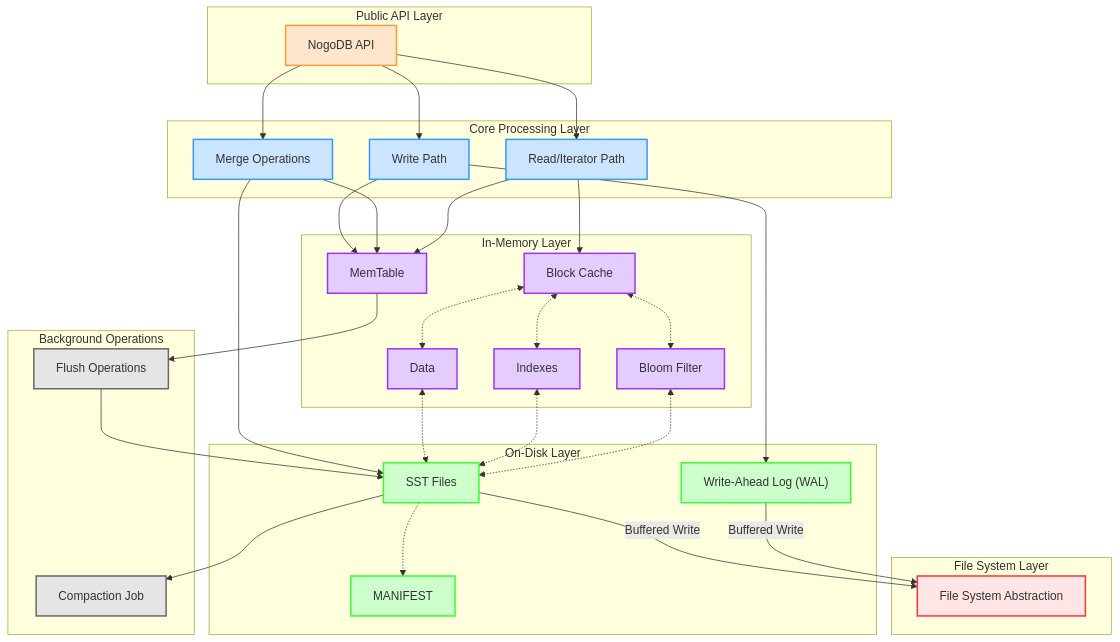
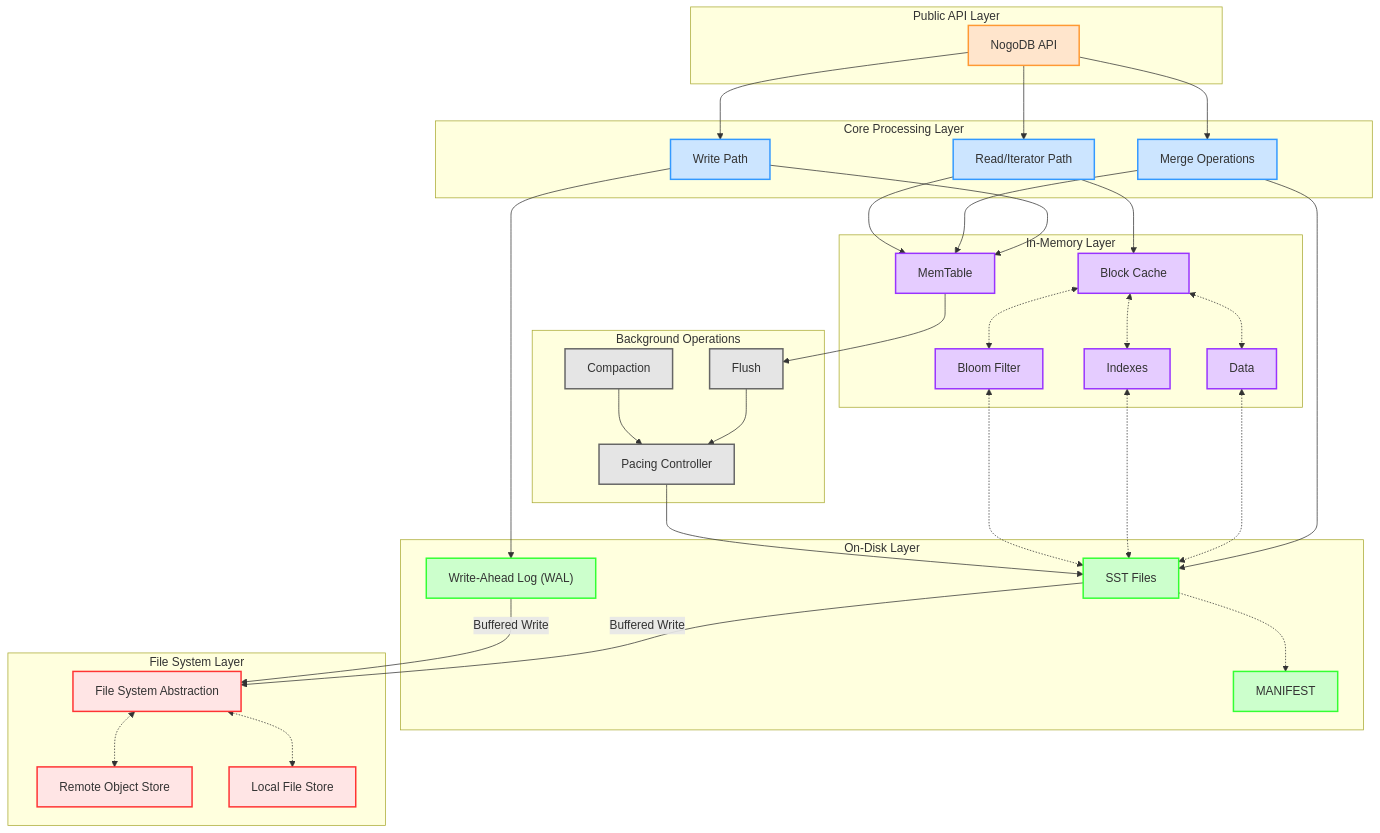
The diagram in README.md (datnguyenzzz/nogodb), drawn with Mermaid before and after one commit. The commit also changed other lines of this file, not shown here.

```diff
--- a/README.md
+++ b/README.md
@@ -47,13 +47,16 @@
 
     subgraph BackgroundOps["Background Operations"]
         style BackgroundOps padding:15px
-        Compaction["Compaction Job"]:::bg
-        FlushOps["Flush Operations"]:::bg
+        Compaction["Compaction"]:::bg
+        FlushOps["Flush"]:::bg
+        Pacer["Pacing Controller"]:::bg
     end
 
     subgraph FileSystem["File System Layer"]
         style FileSystem padding:15px
         FSAbstract["File System Abstraction"]:::fs
+        RemoteStore["Remote Object Store"]:::fs
+        LocalFile["Local File Store"]:::fs
     end
 
 %% Main flow connections (consistent arrow direction left to right)
@@ -77,12 +80,16 @@
     BlockIndex <-.-> SSTFiles
     BloomFilter <-.-> SSTFiles
 
-    SSTFiles --> Compaction
     MemTable --> FlushOps
-    FlushOps --> SSTFiles
+    FlushOps --> Pacer
+    Compaction --> Pacer
+    Pacer --> SSTFiles
 
     SSTFiles -->|Buffered Write| FSAbstract
     WALog -->|Buffered Write| FSAbstract
+    FSAbstract <-.-> RemoteStore
+    FSAbstract <-.-> LocalFile
+    
     SSTFiles -.-> ManFile
 
 %% Click events only on existing nodes
@@ -93,11 +100,15 @@
     click BlockCache "https://github.com/datnguyenzzz/nogodb/tree/master/lib/go-block-cache"
     click BloomFilter "https://github.com/datnguyenzzz/nogodb/tree/master/lib/go-blocked-bloom-filter"
     click BlockIndex "xyz"
+    click BlockData "xyz"
     click SSTFiles "https://github.com/datnguyenzzz/nogodb/tree/master/lib/go-sstable"
     click WALog "https://github.com/datnguyenzzz/nogodb/tree/master/lib/go-wal"
     click Compaction "xyz"
     click FlushOps "xyz"
+    click Pacer "https://github.com/datnguyenzzz/nogodb/tree/master/lib/go-adaptive-rate-limiter"
     click FSAbstract "https://github.com/datnguyenzzz/nogodb/tree/master/lib/go-fs"
+    click RemoteStore "xyz"
+    click LocalFile "xyz"
 
 %% Styles for groups
     classDef api fill:#FFE5CC,stroke:#FF9933,stroke-width:2px;
```
